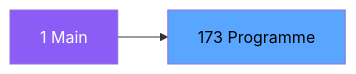
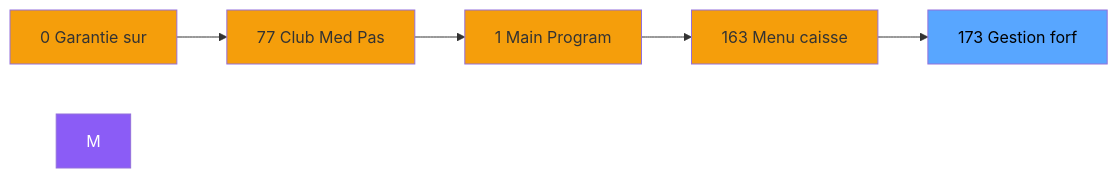
One commit to thonyAGP/magic-migration changed the second of 3 diagrams in .openspec/specs/ADH-IDE-173.md. Above: the diagram before and after it, drawn with Mermaid. The commit also changed other lines of this file and 323 other files, not shown here.

````diff
--- a/.openspec/specs/ADH-IDE-173.md
+++ b/.openspec/specs/ADH-IDE-173.md
@@ -112,8 +138,18 @@
 ```mermaid
 graph LR
-    M[1 Main]
-    T[173 Programme]
-    M --> T
+    N0[0 Garantie sur]
+    N77[77 Club Med Pas]
+    N1[1 Main Program]
+    N163[163 Menu caisse ]
+    T[173 Gestion forf]
+    N0 --> N77
+    N77 --> N1
+    N1 --> N163
+    N163 --> T
     style M fill:#8b5cf6,color:#fff
+    style N0 fill:#f59e0b
+    style N77 fill:#f59e0b
+    style N1 fill:#f59e0b
+    style N163 fill:#f59e0b
     style T fill:#58a6ff,color:#000
 ```
````
